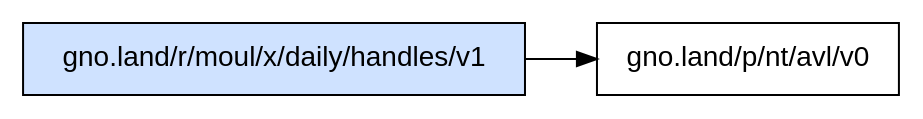
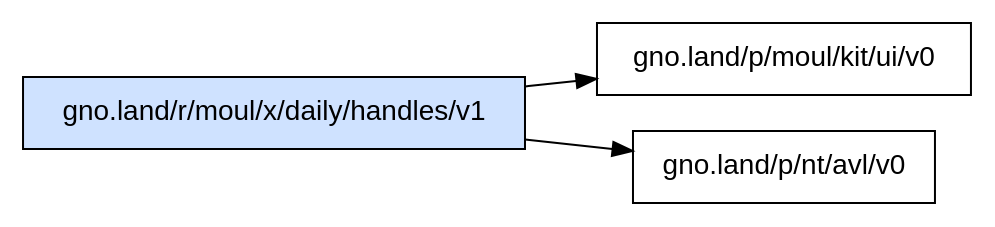
Before and after one commit to moul/gno-contracts: the diagram in _assets/gno.land/r/moul/x/daily/handles/v1/deps.dot, drawn with Graphviz. The commit also changed 91 other files, not shown here.

Commit message:
chore: regenerate catalog, graphs and on-chain status [skip ci]

```diff
--- a/_assets/gno.land/r/moul/x/daily/handles/v1/deps.dot
+++ b/_assets/gno.land/r/moul/x/daily/handles/v1/deps.dot
@@ -1,6 +1,7 @@
 digraph deps {
   rankdir=LR;
   node [shape=box, fontname="sans-serif"];
   "gno.land/r/moul/x/daily/handles/v1" [style=filled, fillcolor="#cfe2ff"];
+  "gno.land/r/moul/x/daily/handles/v1" -> "gno.land/p/moul/kit/ui/v0";
   "gno.land/r/moul/x/daily/handles/v1" -> "gno.land/p/nt/avl/v0";
 }
```
